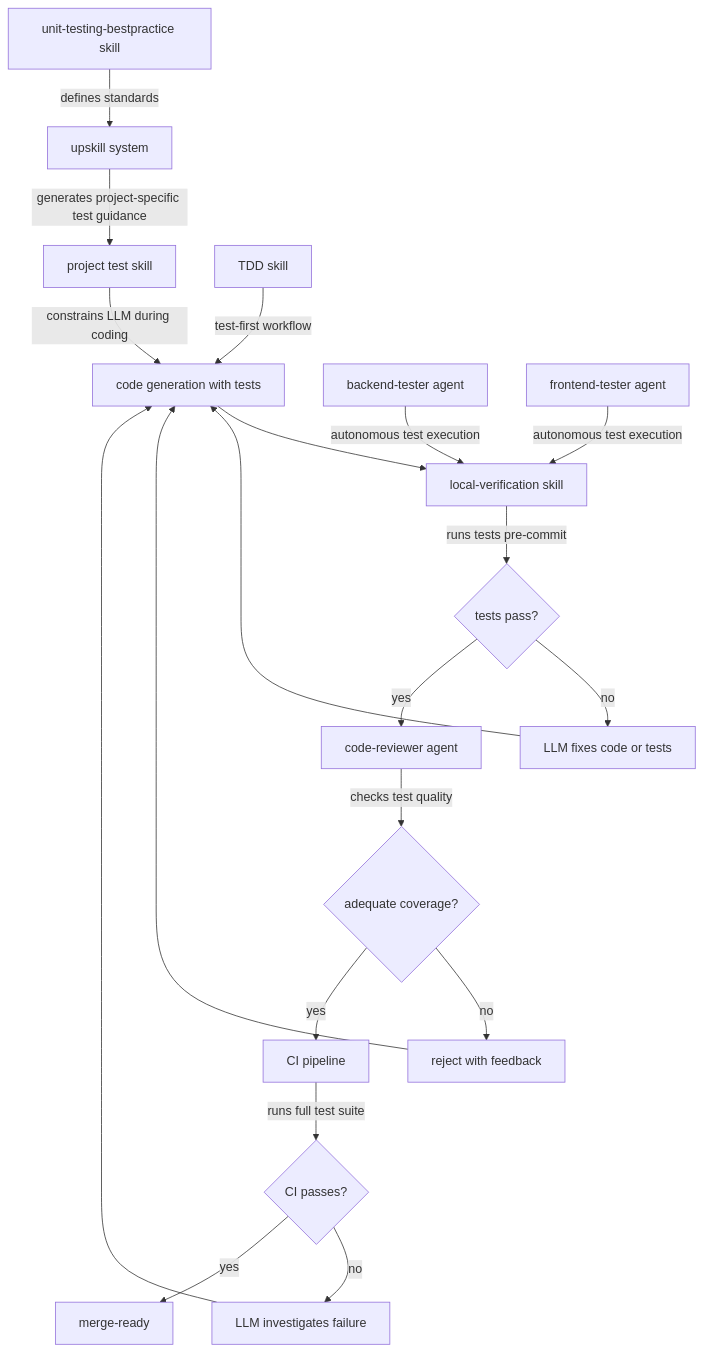
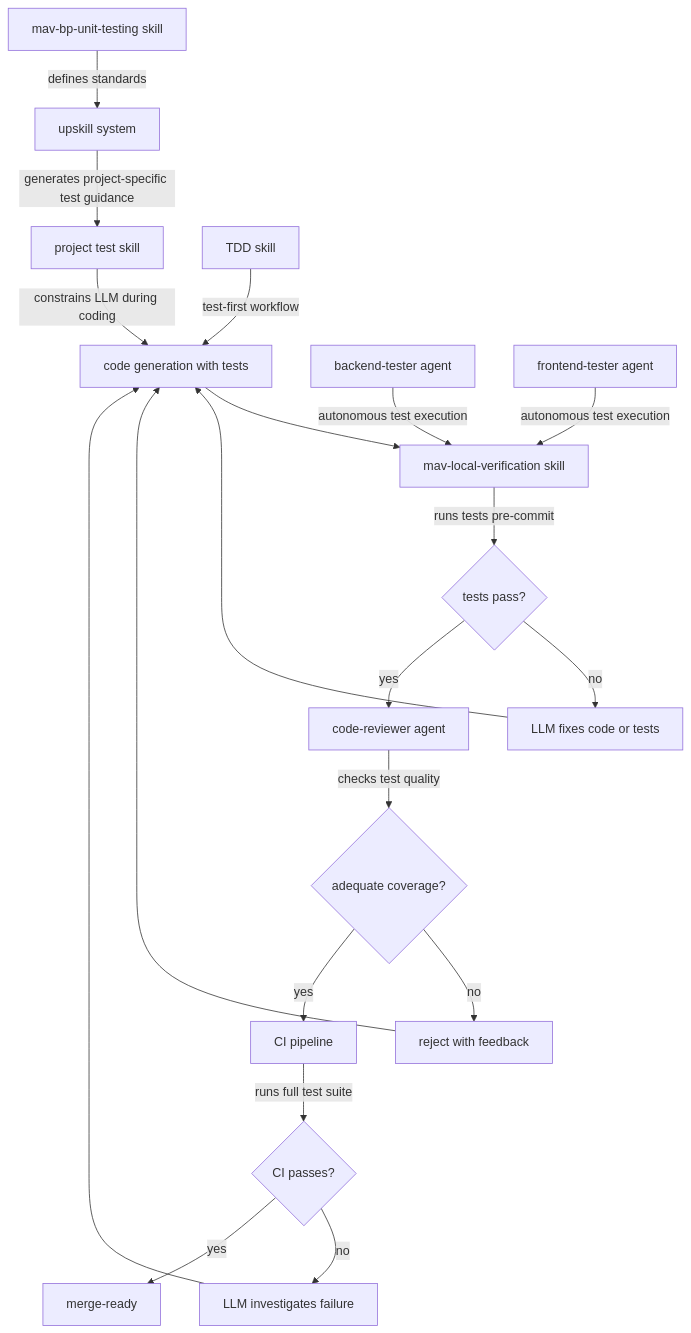
The first of 2 diagrams in docs/comprehensive-testing.md (thermiteau/maverick-private), drawn with Mermaid before and after one commit. The commit also changed other lines of this file and 57 other files, not shown here.

````diff
--- a/docs/comprehensive-testing.md
+++ b/docs/comprehensive-testing.md
@@ -55,25 +55,25 @@
 ```mermaid
 flowchart TD
-    A[unit-testing-bestpractice skill] -->|defines standards| B[upskill system]
+    A[mav-bp-unit-testing skill] -->|defines standards| B[upskill system]
     B -->|generates project-specific test guidance| C[project test skill]
     C -->|constrains LLM during coding| D[code generation with tests]
 
     E[TDD skill] -->|test-first workflow| D
 
-    D --> F[local-verification skill]
+    D --> F[mav-local-verification skill]
     F -->|runs tests pre-commit| G{tests pass?}
     G -->|no| H[LLM fixes code or tests]
     H --> D
     G -->|yes| I[code-reviewer agent]
     I -->|checks test quality| J{adequate coverage?}
     J -->|no| K[reject with feedback]
     K --> D
     J -->|yes| L[CI pipeline]
     L -->|runs full test suite| M{CI passes?}
     M -->|no| N[LLM investigates failure]
     N --> D
     M -->|yes| O[merge-ready]
 
     P[backend-tester agent] -->|autonomous test execution| F
     Q[frontend-tester agent] -->|autonomous test execution| F
 ```
````
